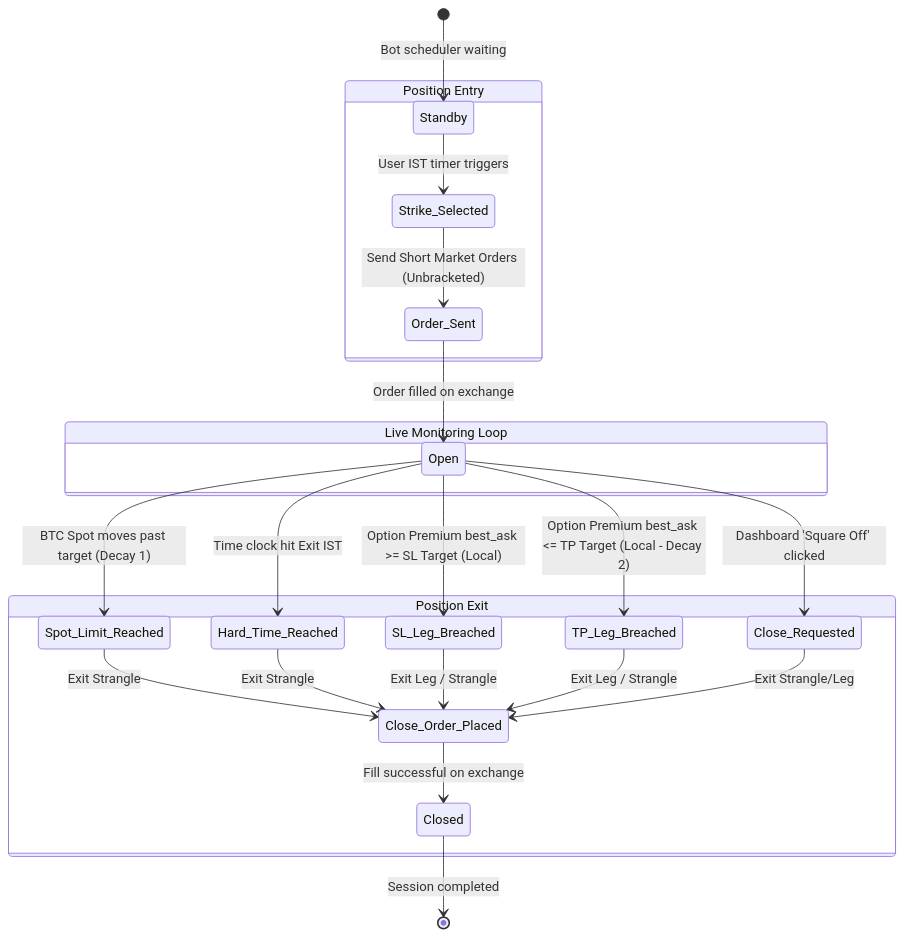
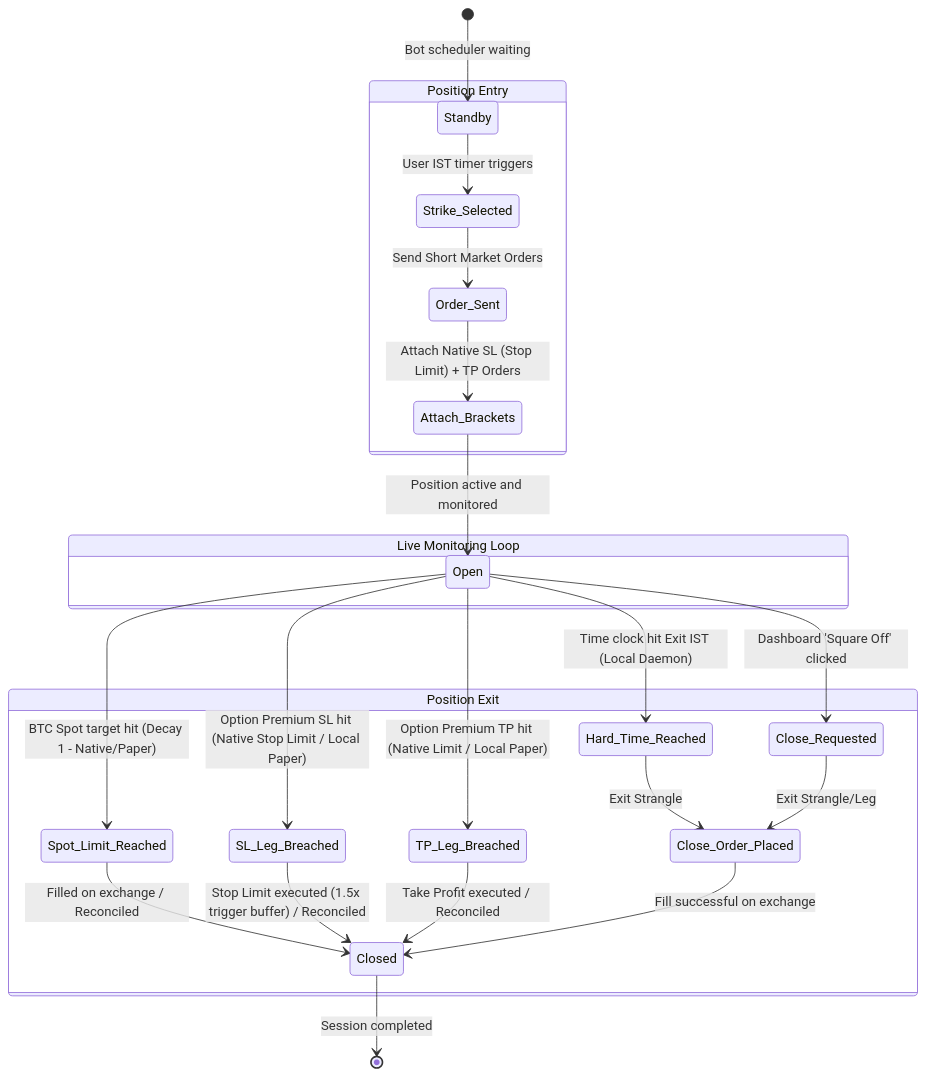
The second of 2 diagrams in docs/LLD.md (Vitti-Capital-Tech/Vitti_Bot), drawn with Mermaid before and after one commit. The commit also changed other lines of this file and 1 other file, not shown here.

Commit message:
Update docs to reflect exchange-native stop loss limit orders with 1.5x buffer and reconciliation flow

````diff
--- a/docs/LLD.md
+++ b/docs/LLD.md
@@ -119,30 +119,31 @@
 ```mermaid
 stateDiagram-v2
     [*] --> Standby: Bot scheduler waiting
     
     state "Position Entry" as Entry {
         Standby --> Strike_Selected: User IST timer triggers
-        Strike_Selected --> Order_Sent: Send Short Market Orders (Unbracketed)
-        Order_Sent --> Open: Order filled on exchange
+        Strike_Selected --> Order_Sent: Send Short Market Orders
+        Order_Sent --> Attach_Brackets: Attach Native SL (Stop Limit) + TP Orders
+        Attach_Brackets --> Open: Position active and monitored
     }
 
     state "Live Monitoring Loop" as Loop {
-        Open --> Spot_Limit_Reached: BTC Spot moves past target (Decay 1)
-        Open --> Hard_Time_Reached: Time clock hit Exit IST
-        Open --> SL_Leg_Breached: Option Premium best_ask >= SL Target (Local)
-        Open --> TP_Leg_Breached: Option Premium best_ask <= TP Target (Local - Decay 2)
+        Open --> Spot_Limit_Reached: BTC Spot target hit (Decay 1 - Native/Paper)
+        Open --> Hard_Time_Reached: Time clock hit Exit IST (Local Daemon)
+        Open --> SL_Leg_Breached: Option Premium SL hit (Native Stop Limit / Local Paper)
+        Open --> TP_Leg_Breached: Option Premium TP hit (Native Limit / Local Paper)
         Open --> Close_Requested: Dashboard 'Square Off' clicked
     }
 
     state "Position Exit" as Exit {
-        Spot_Limit_Reached --> Close_Order_Placed: Exit Strangle
+        Spot_Limit_Reached --> Closed: Filled on exchange / Reconciled
         Hard_Time_Reached --> Close_Order_Placed: Exit Strangle
-        SL_Leg_Breached --> Close_Order_Placed: Exit Leg / Strangle
-        TP_Leg_Breached --> Close_Order_Placed: Exit Leg / Strangle
+        SL_Leg_Breached --> Closed: Stop Limit executed (1.5x trigger buffer) / Reconciled
+        TP_Leg_Breached --> Closed: Take Profit executed / Reconciled
         Close_Requested --> Close_Order_Placed: Exit Strangle/Leg
         
         Close_Order_Placed --> Closed: Fill successful on exchange
     }
 
     Closed --> [*]: Session completed
 ```
````
